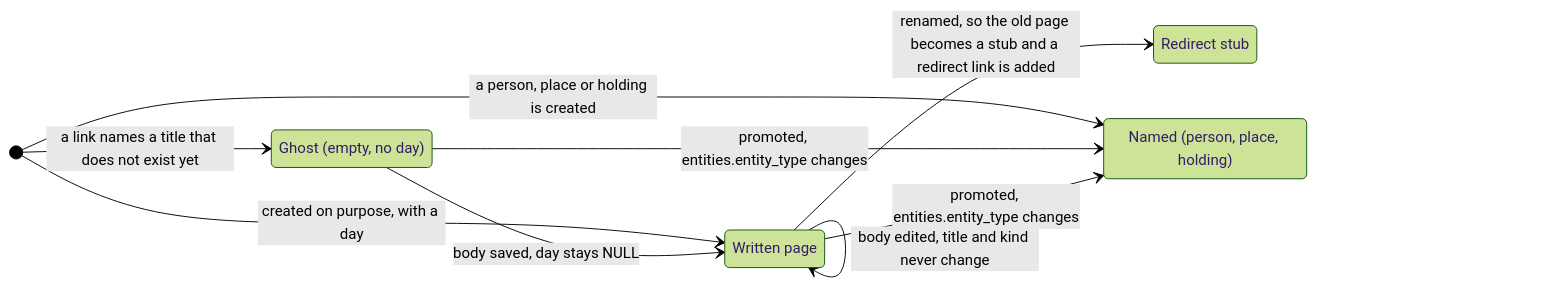
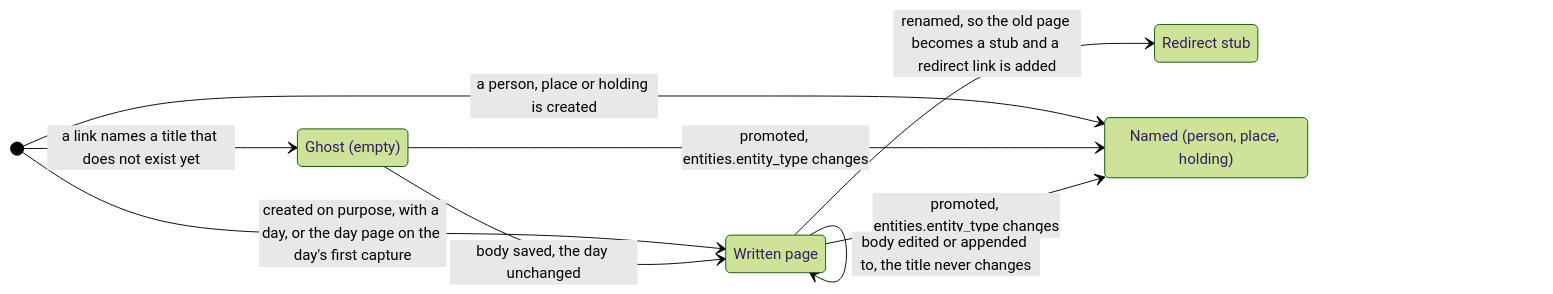
Before and after one commit to alexradunet/lifelogdb: the seventh of 8 diagrams in SCHEMA.md, drawn with Mermaid (forest theme). The commit also changed other lines of this file and 21 other files, not shown here.

````diff
--- a/SCHEMA.md
+++ b/SCHEMA.md
@@ -1239,17 +1180,17 @@
 ```mermaid
 %% diagram: page-life
 stateDiagram-v2
     direction LR
-    state "Ghost (empty, no day)" as Ghost
+    state "Ghost (empty)" as Ghost
     state "Written page" as Written
     state "Redirect stub" as Stub
     state "Named (person, place, holding)" as Named
     [*] --> Ghost: a link names a title that does not exist yet
-    [*] --> Written: created on purpose, with a day
+    [*] --> Written: created on purpose, with a day, or the day page on the day's first capture
     [*] --> Named: a person, place or holding is created
-    Ghost --> Written: body saved, day stays NULL
+    Ghost --> Written: body saved, the day unchanged
     Ghost --> Named: promoted, entities.entity_type changes
     Written --> Named: promoted, entities.entity_type changes
-    Written --> Written: body edited, title and kind never change
+    Written --> Written: body edited or appended to, the title never changes
     Written --> Stub: renamed, so the old page becomes a stub and a redirect link is added
 ```
````
